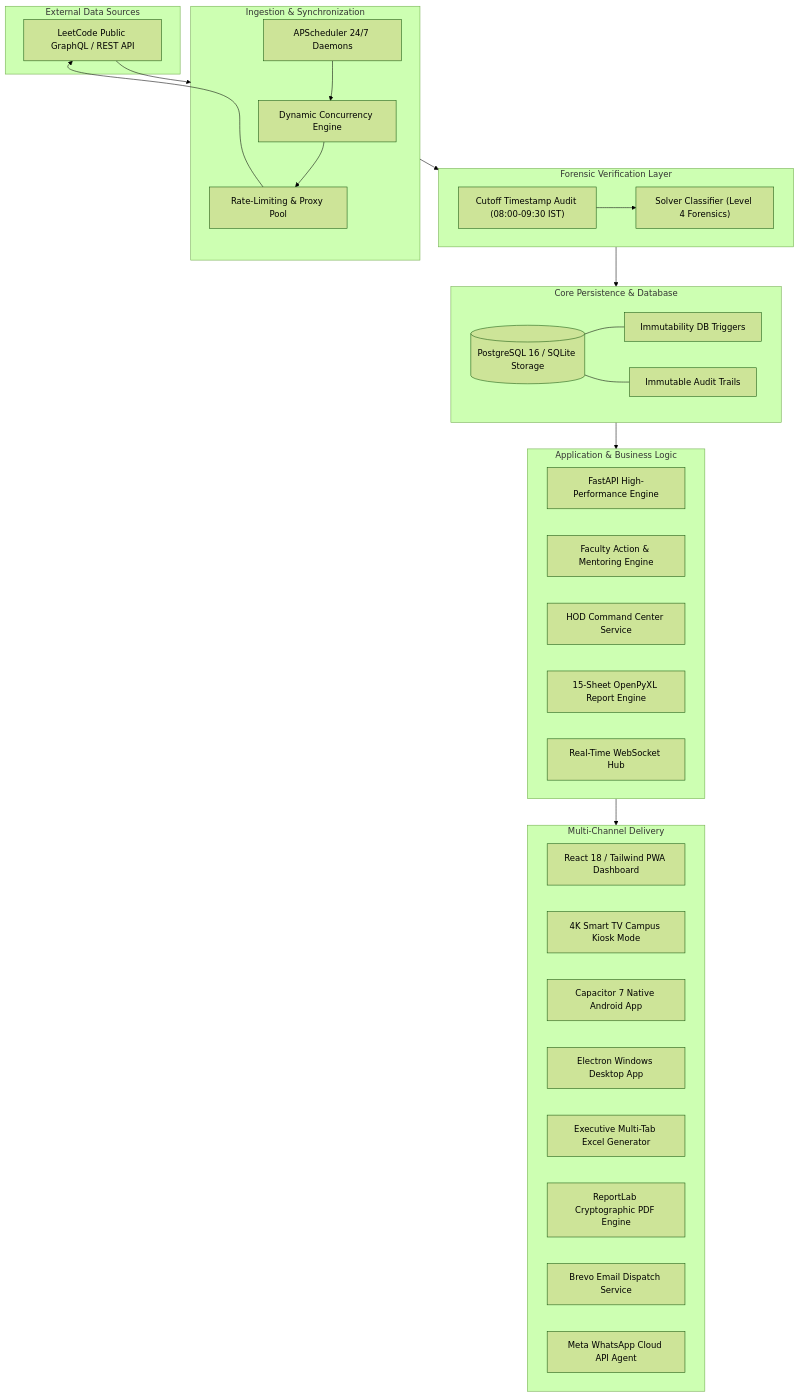
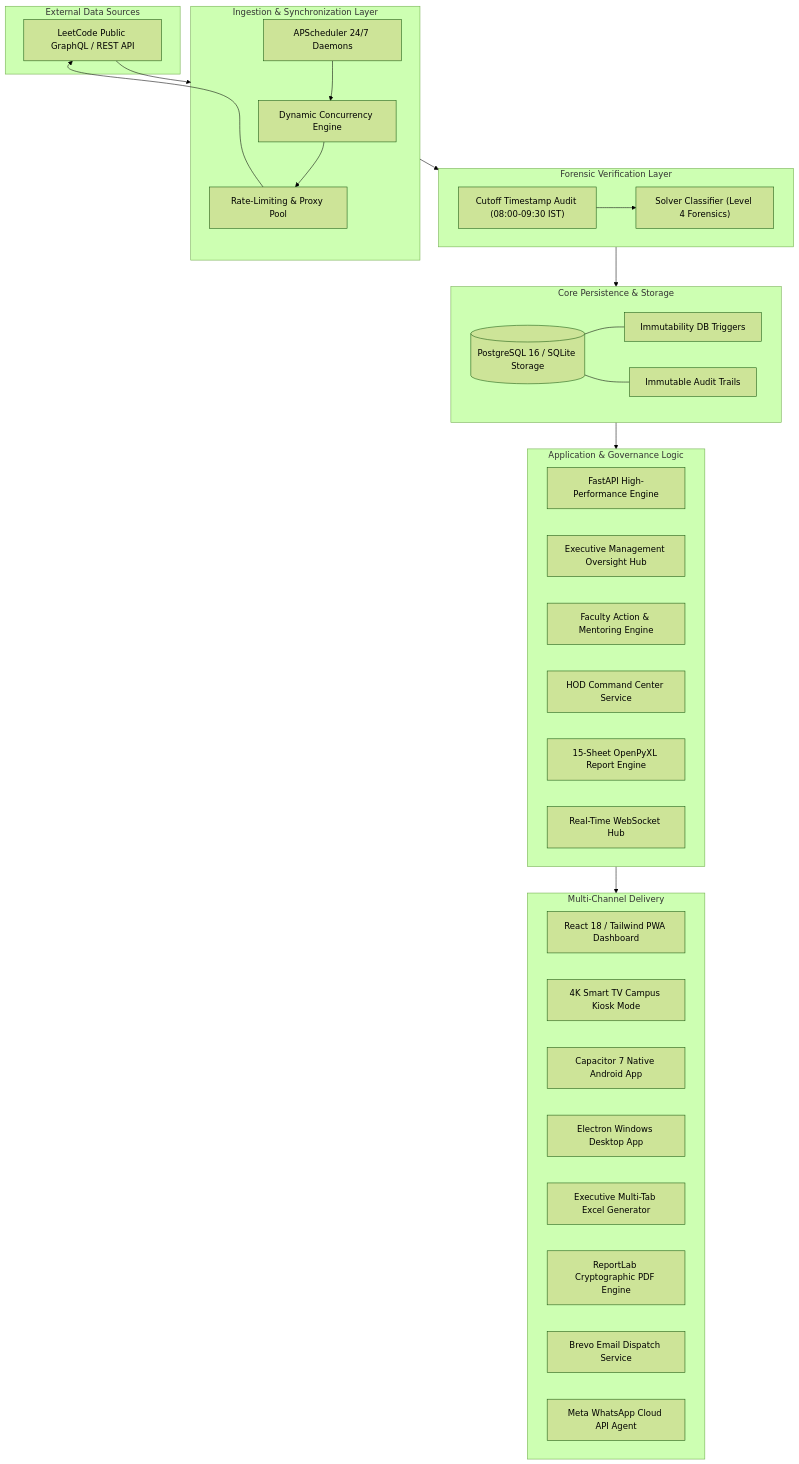
One commit to nanthishvaran17/Leetcodeurl-s changed the diagram in README.md. Above: the diagram before and after it, drawn with Mermaid (forest theme). The commit also changed other lines of this file and 4 other files, not shown here.

````diff
--- a/README.md
+++ b/README.md
@@ -313,54 +354,55 @@
 ```mermaid
 flowchart TB
     subgraph External ["External Data Sources"]
         LC["LeetCode Public GraphQL / REST API"]
     end
 
-    subgraph Ingestion ["Ingestion & Synchronization"]
+    subgraph Ingestion ["Ingestion & Synchronization Layer"]
         DYN["Dynamic Concurrency Engine"]
         RATE["Rate-Limiting & Proxy Pool"]
         SCHED["APScheduler 24/7 Daemons"]
         DYN --> RATE
         RATE --> LC
         SCHED --> DYN
     end
 
     subgraph Verification ["Forensic Verification Layer"]
         TIME["Cutoff Timestamp Audit (08:00-09:30 IST)"]
         CLASS["Solver Classifier (Level 4 Forensics)"]
         TIME --> CLASS
     end
 
-    subgraph Core ["Core Persistence & Database"]
+    subgraph Core ["Core Persistence & Storage"]
         DB[("PostgreSQL 16 / SQLite Storage")]
         TRIG["Immutability DB Triggers"]
         AUDIT["Immutable Audit Trails"]
         DB --- TRIG
         DB --- AUDIT
     end
 
-    subgraph Services ["Application & Business Logic"]
+    subgraph Services ["Application & Governance Logic"]
         API["FastAPI High-Performance Engine"]
+        MGT["Executive Management Oversight Hub"]
         FAC["Faculty Action & Mentoring Engine"]
         HOD["HOD Command Center Service"]
         REP["15-Sheet OpenPyXL Report Engine"]
         WS["Real-Time WebSocket Hub"]
     end
 
     subgraph Presentation ["Multi-Channel Delivery"]
         WEB["React 18 / Tailwind PWA Dashboard"]
         KIOSK["4K Smart TV Campus Kiosk Mode"]
         APK["Capacitor 7 Native Android App"]
         EXE["Electron Windows Desktop App"]
         EXCEL["Executive Multi-Tab Excel Generator"]
         PDF["ReportLab Cryptographic PDF Engine"]
         BREVO["Brevo Email Dispatch Service"]
         WA["Meta WhatsApp Cloud API Agent"]
     end
 
     LC --> Ingestion
     Ingestion --> Verification
     Verification --> Core
     Core --> Services
     Services --> Presentation
 ```
````
